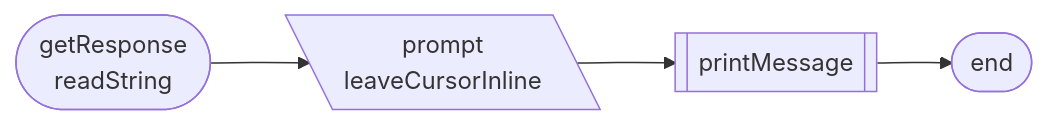
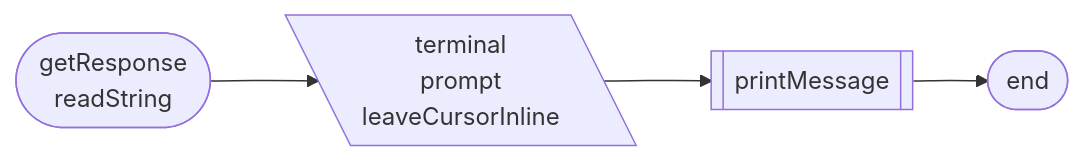
Diagram 15 of 26 in pyScripts/docs/console.md (7s4e/p3), drawn with Mermaid before and after one commit. The commit also changed other lines of this file and 7 other files, not shown here.

````diff
--- a/pyScripts/docs/console.md
+++ b/pyScripts/docs/console.md
@@ -370,12 +418,13 @@
 ```mermaid
 flowchart LR
     GRRS([getResponse
           readString])
         GRRS --> LCIP
-    LCIP[\prompt
+    LCIP[\terminal
+          prompt
           leaveCursorInline\]
         LCIP --> PRNT
     PRNT[[printMessage]]
         PRNT --> TEND
     TEND([end])
 ```
````
